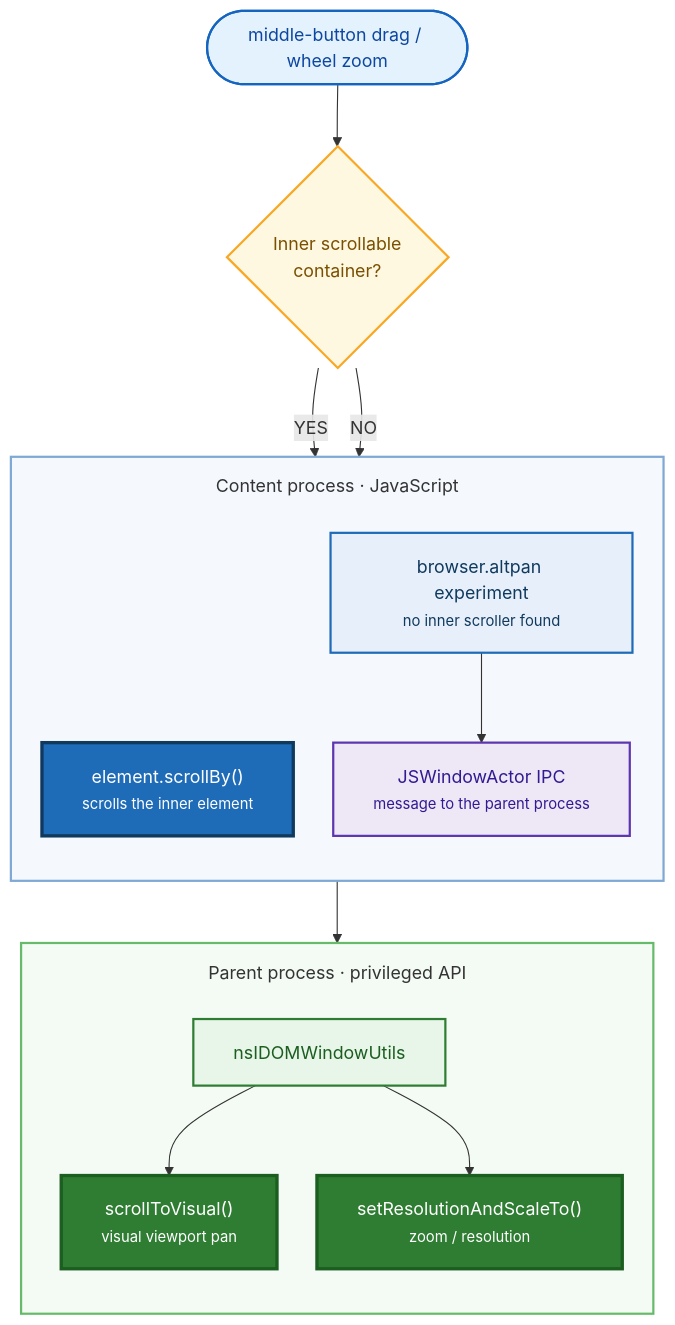
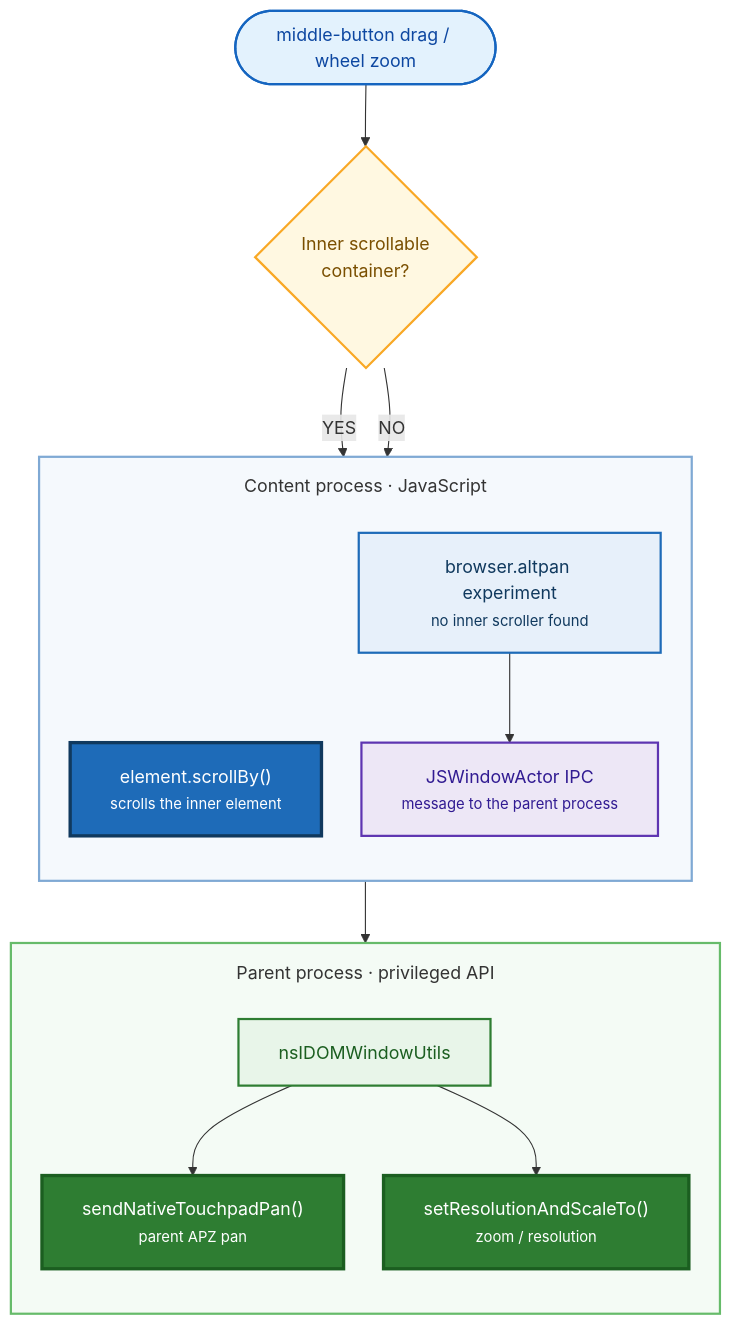
Before and after one commit to BeyondMagic/altpan: the diagram in README.md, drawn with Mermaid. The commit also changed other lines of this file and 5 other files, not shown here.

Commit message:
fix(pan): use parent touchpad pan for apz

````diff
--- a/README.md
+++ b/README.md
@@ -54,48 +54,48 @@
 ```mermaid
 %%{init: {"flowchart": {"curve": "basis", "nodeSpacing": 36, "rankSpacing": 56, "padding": 18, "subGraphTitleMargin": {"top": 14, "bottom": 14}}}}%%
 flowchart TD
     Act(["middle-button drag / wheel zoom"])
 
     Dec{"Inner scrollable<br/>container?"}
 
     subgraph content["Content process · JavaScript"]
         direction TB
         ScrollBy["element.scrollBy()<br/><small>scrolls the inner element</small>"]
         Altpan["browser.altpan experiment<br/><small>no inner scroller found</small>"]
         IPC["JSWindowActor IPC<br/><small>message to the parent process</small>"]
         Altpan --> IPC
     end
 
     subgraph parent["Parent process · privileged API"]
         direction TB
         Utils["nsIDOMWindowUtils"]
-        Visual["scrollToVisual()<br/><small>visual viewport pan</small>"]
+        Visual["sendNativeTouchpadPan()<br/><small>parent APZ pan</small>"]
         Scale["setResolutionAndScaleTo()<br/><small>zoom / resolution</small>"]
         Utils --> Visual
         Utils --> Scale
     end
 
     Act --> Dec
     Dec -->|"YES"| ScrollBy
     Dec -->|"NO"| Altpan
     IPC --> Utils
 
     classDef trigger fill:#E3F2FD,stroke:#1565C0,stroke-width:2px,color:#0D47A1;
     classDef decision fill:#FFF8E1,stroke:#F9A825,stroke-width:2px,color:#7A4F00;
     classDef jsNode fill:#E7F0FA,stroke:#1E6BB8,stroke-width:2px,color:#10395E;
     classDef ipcNode fill:#EDE7F6,stroke:#5E35B1,stroke-width:2px,color:#311B92;
     classDef privileged fill:#E8F5E9,stroke:#2E7D32,stroke-width:2px,color:#1B5E20;
     classDef endJs fill:#1E6BB8,stroke:#10395E,stroke-width:3px,color:#FFFFFF;
     classDef endPriv fill:#2E7D32,stroke:#1B5E20,stroke-width:3px,color:#FFFFFF;
 
     class Act trigger;
     class Dec decision;
     class Altpan jsNode;
     class IPC ipcNode;
     class Utils privileged;
     class ScrollBy endJs;
     class Visual,Scale endPriv;
 
     style content fill:#F5F9FD,stroke:#7FA9D4,stroke-width:2px;
     style parent fill:#F4FBF5,stroke:#66BB6A,stroke-width:2px;
 ```
````
